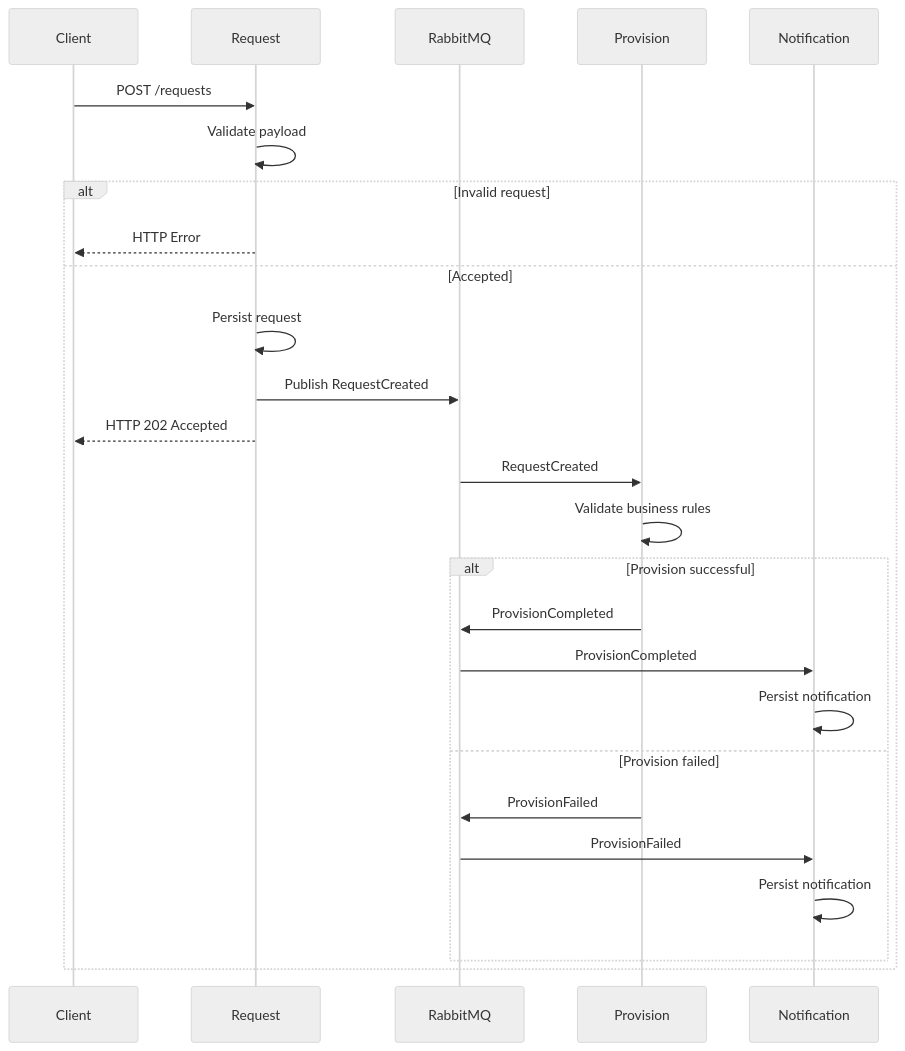
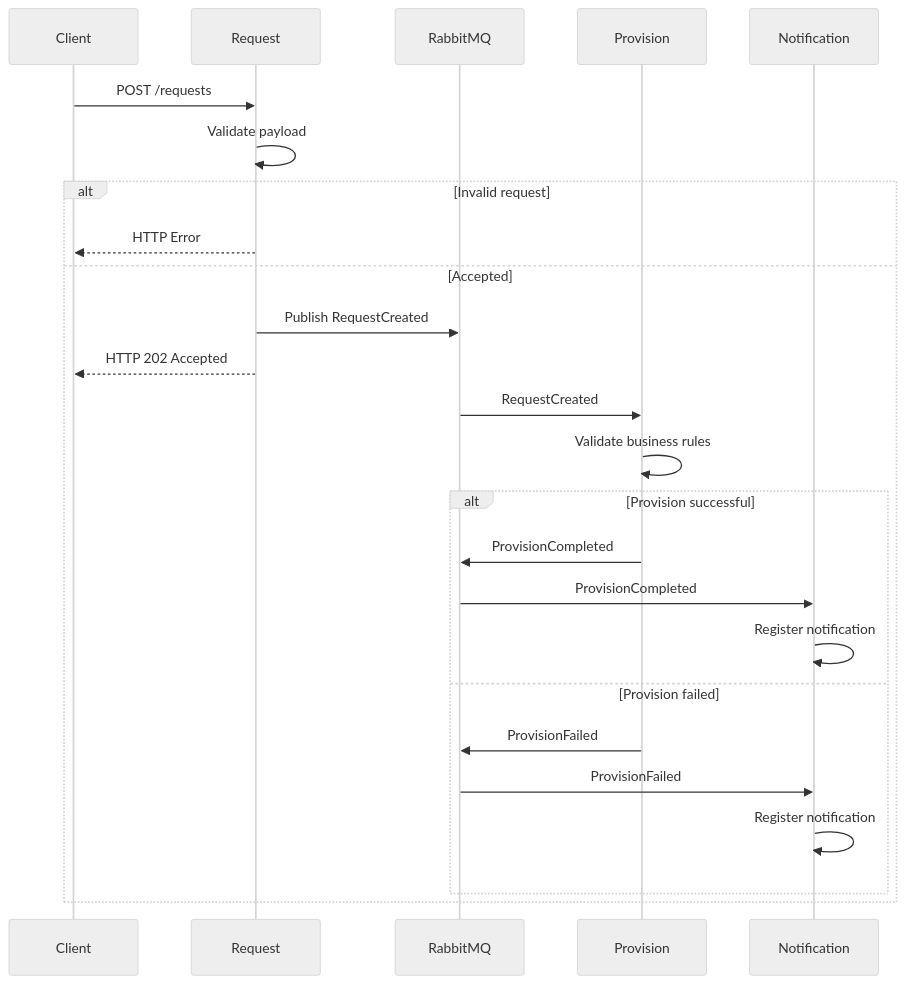
The fourth of 6 diagrams in phase-01/monolith-layers-microservices/microservice-resource-request/docs/architecture.md (ericmferreira/devops-cloud-architecture), drawn with Mermaid (neutral theme) before and after one commit. The commit also changed other lines of this file and 1 other file, not shown here.

````diff
--- a/phase-01/monolith-layers-microservices/microservice-resource-request/docs/architecture.md
+++ b/phase-01/monolith-layers-microservices/microservice-resource-request/docs/architecture.md
@@ -171,49 +172,47 @@
 ```mermaid
 sequenceDiagram
 
 participant Client
 participant Request
 participant RabbitMQ
 participant Provision
 participant Notification
 
 Client->>Request: POST /requests
 
 Request->>Request: Validate payload
 
 alt Invalid request
 
 Request-->>Client: HTTP Error
 
 else Accepted
 
-Request->>Request: Persist request
-
 Request->>RabbitMQ: Publish RequestCreated
 
 Request-->>Client: HTTP 202 Accepted
 
 RabbitMQ->>Provision: RequestCreated
 
 Provision->>Provision: Validate business rules
 
 alt Provision successful
 
 Provision->>RabbitMQ: ProvisionCompleted
 
 RabbitMQ->>Notification: ProvisionCompleted
 
-Notification->>Notification: Persist notification
+Notification->>Notification: Register notification
 
 else Provision failed
 
 Provision->>RabbitMQ: ProvisionFailed
 
 RabbitMQ->>Notification: ProvisionFailed
 
-Notification->>Notification: Persist notification
+Notification->>Notification: Register notification
 
 end
 
 end
 ```
````
